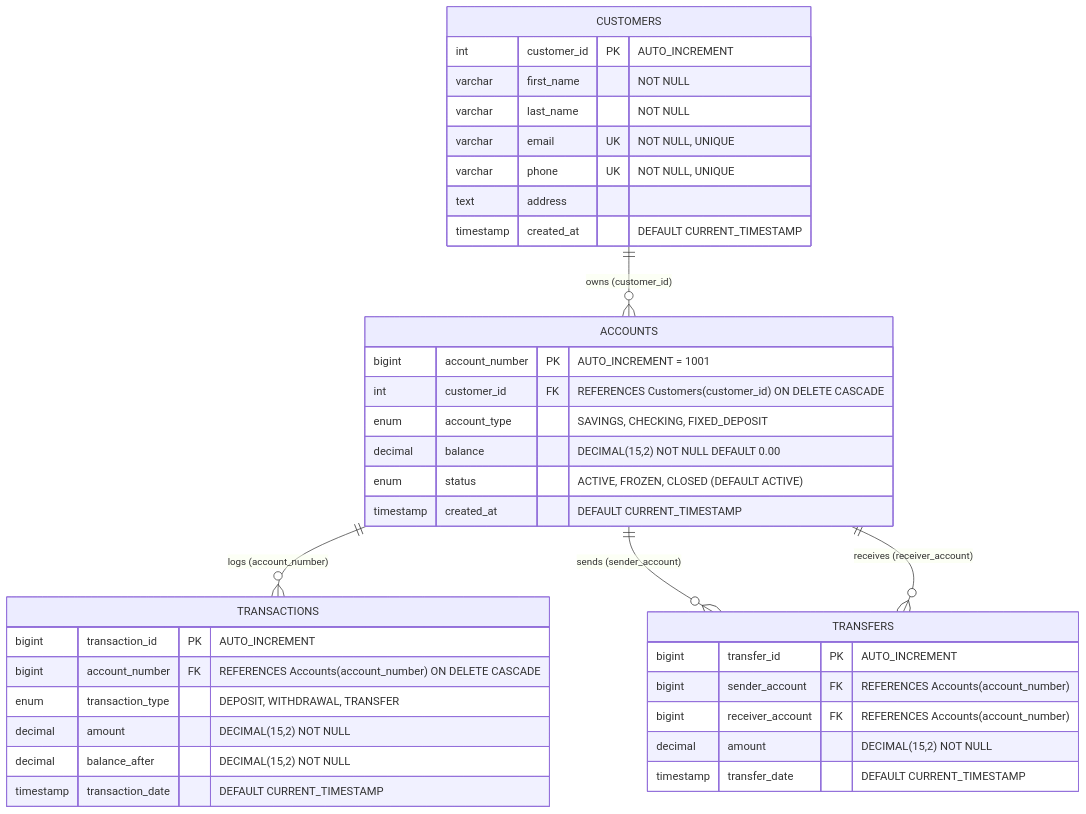
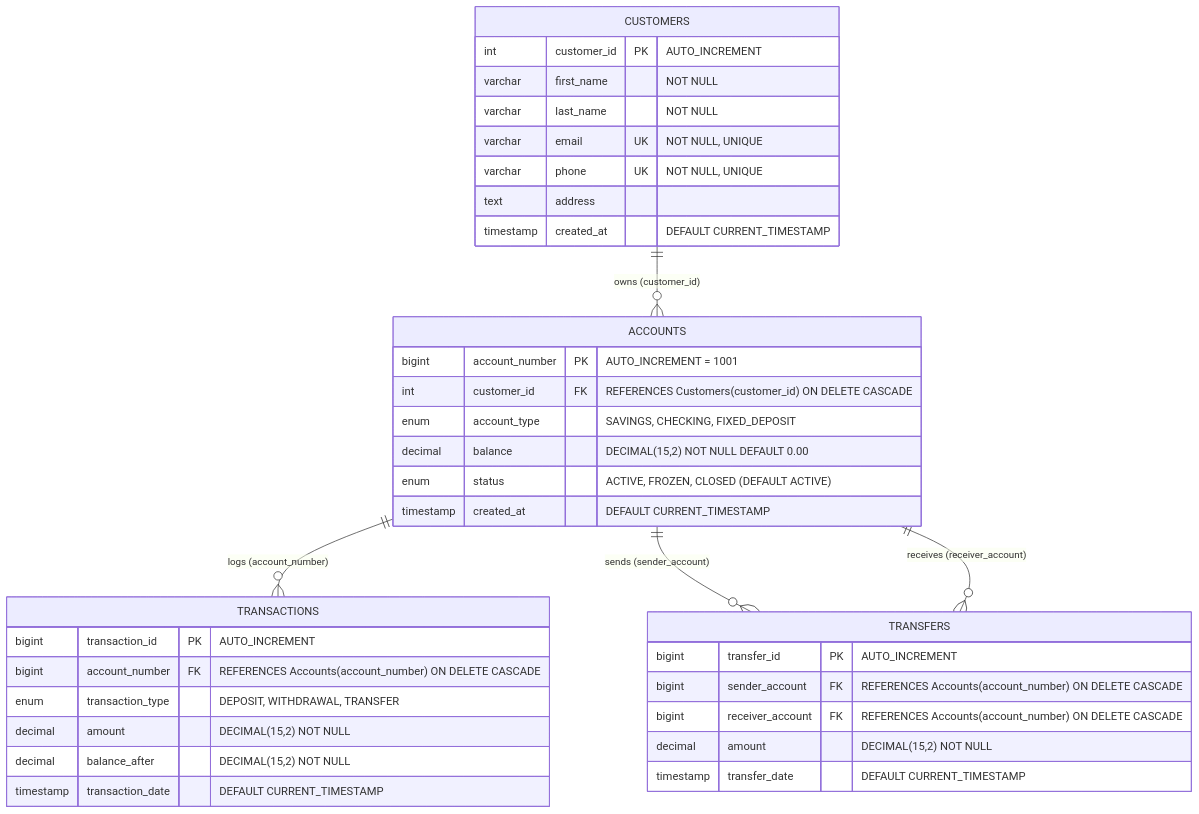
One commit to vedantmb07/Bank-Management-System changed the diagram in README.md. Above: the diagram before and after it, drawn with Mermaid. The commit also changed 6 other files, not shown here.

Commit message:
fix: resolve toast argument order, cascade delete constraints, transfer audit type, and complete customer CRUD

````diff
--- a/README.md
+++ b/README.md
@@ -43,43 +43,43 @@
 ```mermaid
 erDiagram
     CUSTOMERS ||--o{ ACCOUNTS : "owns (customer_id)"
     ACCOUNTS ||--o{ TRANSACTIONS : "logs (account_number)"
     ACCOUNTS ||--o{ TRANSFERS : "sends (sender_account)"
     ACCOUNTS ||--o{ TRANSFERS : "receives (receiver_account)"
 
     CUSTOMERS {
         int customer_id PK "AUTO_INCREMENT"
         varchar first_name "NOT NULL"
         varchar last_name "NOT NULL"
         varchar email UK "NOT NULL, UNIQUE"
         varchar phone UK "NOT NULL, UNIQUE"
         text address
         timestamp created_at "DEFAULT CURRENT_TIMESTAMP"
     }
 
     ACCOUNTS {
         bigint account_number PK "AUTO_INCREMENT = 1001"
         int customer_id FK "REFERENCES Customers(customer_id) ON DELETE CASCADE"
         enum account_type "SAVINGS, CHECKING, FIXED_DEPOSIT"
         decimal balance "DECIMAL(15,2) NOT NULL DEFAULT 0.00"
         enum status "ACTIVE, FROZEN, CLOSED (DEFAULT ACTIVE)"
         timestamp created_at "DEFAULT CURRENT_TIMESTAMP"
     }
 
     TRANSACTIONS {
         bigint transaction_id PK "AUTO_INCREMENT"
         bigint account_number FK "REFERENCES Accounts(account_number) ON DELETE CASCADE"
         enum transaction_type "DEPOSIT, WITHDRAWAL, TRANSFER"
         decimal amount "DECIMAL(15,2) NOT NULL"
         decimal balance_after "DECIMAL(15,2) NOT NULL"
         timestamp transaction_date "DEFAULT CURRENT_TIMESTAMP"
     }
 
     TRANSFERS {
         bigint transfer_id PK "AUTO_INCREMENT"
-        bigint sender_account FK "REFERENCES Accounts(account_number)"
-        bigint receiver_account FK "REFERENCES Accounts(account_number)"
+        bigint sender_account FK "REFERENCES Accounts(account_number) ON DELETE CASCADE"
+        bigint receiver_account FK "REFERENCES Accounts(account_number) ON DELETE CASCADE"
         decimal amount "DECIMAL(15,2) NOT NULL"
         timestamp transfer_date "DEFAULT CURRENT_TIMESTAMP"
     }
 ```
````
